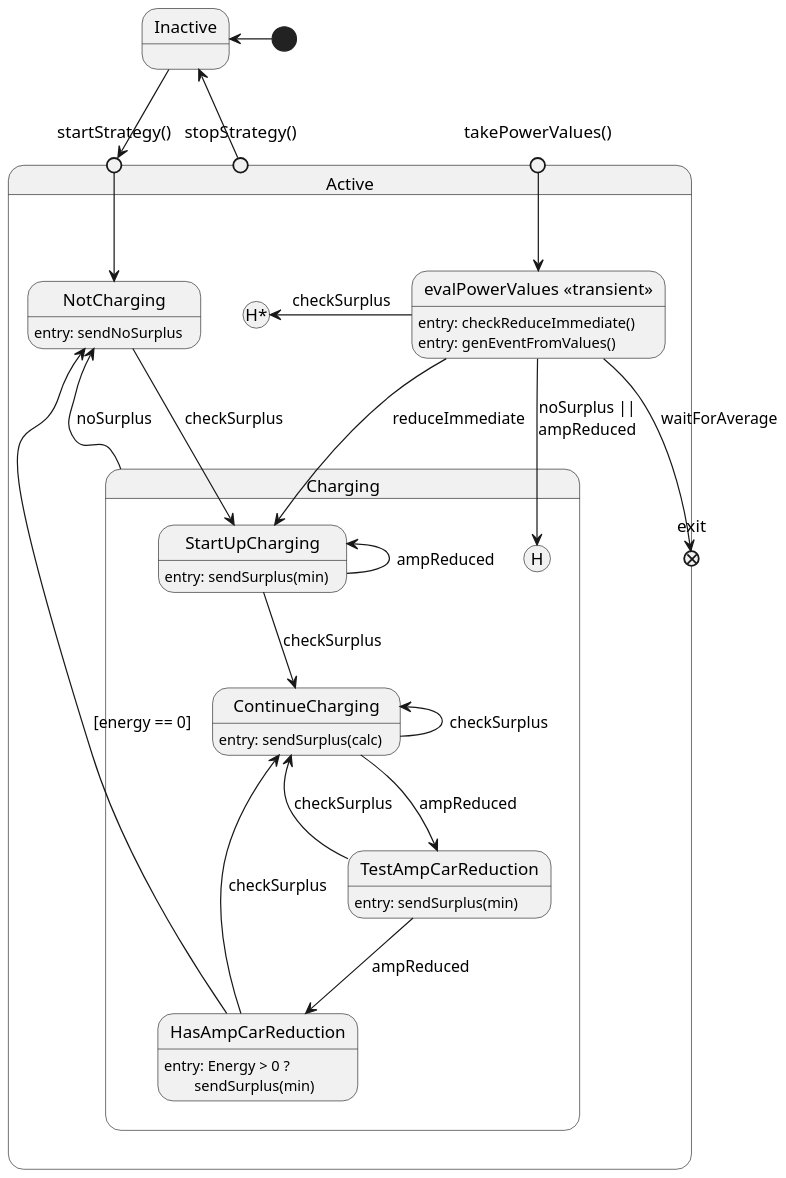
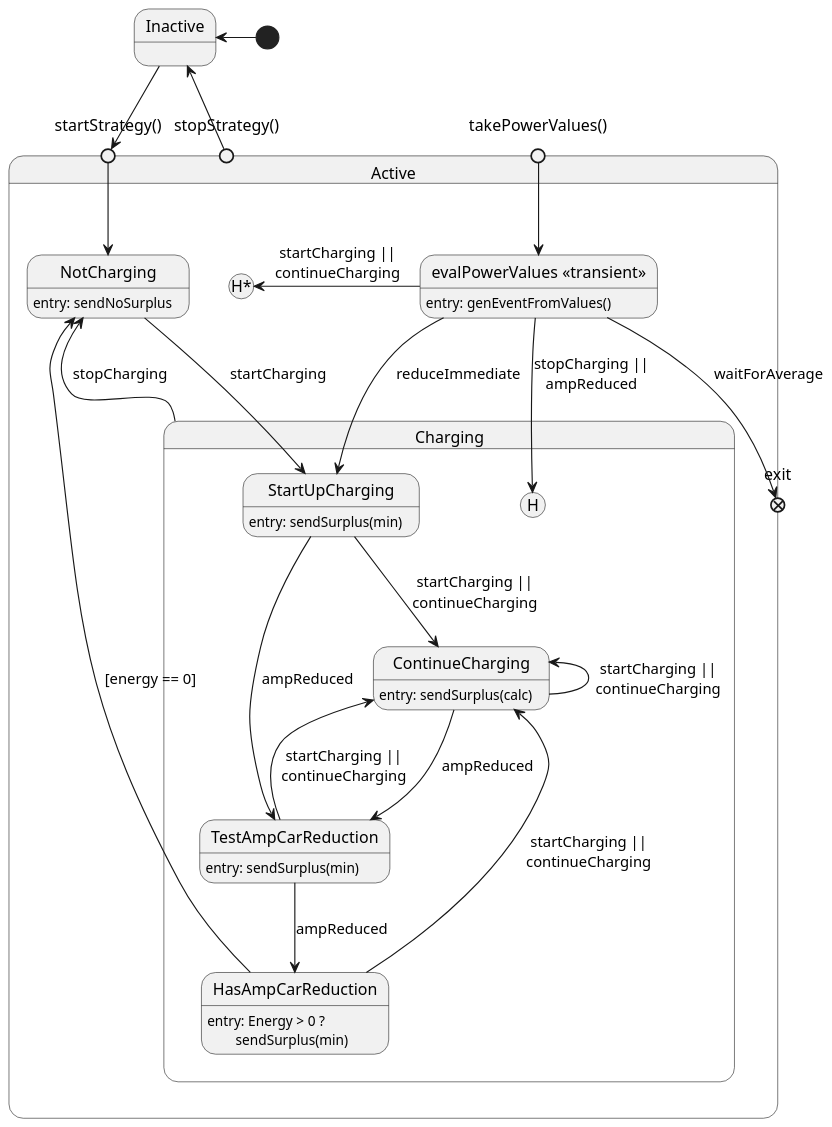
Before and after one commit to geobe/energyControl: the diagram in src/main/groovy/de/geobe/energy/automation/PvChargeStrategySM.puml, drawn with PlantUML. The commit also changed 28 other files, not shown here.

```diff
--- a/src/main/groovy/de/geobe/energy/automation/PvChargeStrategySM.puml
+++ b/src/main/groovy/de/geobe/energy/automation/PvChargeStrategySM.puml
@@ -1,69 +1,69 @@
 @startuml
 'https://plantuml.com/state-diagram
 
 scale 1000 width
 state "Inactive" as ia
 'act -left-> act : [takePowerValues : eval]
 state "Active" as act {
 
 '    act: on: powerValues : \n\tcheck stop immediate,\n\tcalculate values,\n\tdelegate to substate
 
     state "takePowerValues()" as pv <<entryPoint>>
     state "startStrategy()" as start <<entryPoint>>
     state "stopStrategy()" as stop <<entryPoint>>
 
     start -down-> nc
 
 
     state "NotCharging" as nc
     nc: entry: sendNoSurplus
 
  '   state "Filling Stack" as fill
 
     state "evalPowerValues <<transient>>" as eval
-        eval: entry: checkReduceImmediate()
         eval: entry: genEventFromValues()
 
-    state "Charging" as charge {
+    state "Charging" as chg {
 
         state "StartUpCharging" as sc
         sc: entry: sendSurplus(min)
 
         state "ContinueCharging" as ch
         ch: entry: sendSurplus(calc)
 
         state "TestAmpCarReduction" as tr
         tr: entry: sendSurplus(min)
 
         state "HasAmpCarReduction" as hr
         hr: entry: Energy > 0 ?\n\tsendSurplus(min)
-        nc --> sc : checkSurplus
+        nc --> sc : startCharging
 
-        eval --> [H] : noSurplus ||\nampReduced
+        eval --> [H] : stopCharging ||\nampReduced
 
     }
     state exit <<exitPoint>>
 
-    eval -left-> [H*] : checkSurplus
+    eval -left-> [H*] : startCharging ||\ncontinueCharging
     eval --> exit : waitForAverage
     eval -down-> sc : reduceImmediate
 
-    charge -up-> nc : noSurplus
 
-    sc -down-> ch : checkSurplus
-    sc -up-> sc : ampReduced
-    ch -left-> ch : checkSurplus
+    chg -up-> nc : stopCharging
+
+    sc -down-> ch : startCharging ||\ncontinueCharging
+    sc --> tr : ampReduced
+    ch -left-> ch : startCharging ||\ncontinueCharging
     ch -down-> tr : ampReduced
-    tr -up-> ch : checkSurplus
+    tr -up-> ch : startCharging ||\ncontinueCharging
     tr -down-> hr : ampReduced
-    hr -up-> ch : checkSurplus
+    hr -up-> ch : startCharging ||\ncontinueCharging
     hr --> nc : [energy == 0]
 }
 
 pv --> eval
 [*] -left-> ia
 'exit -down-> [*] : [stopStrategy]
 stop -up-> ia
 ia -down-> start
 'stop -up-> [*]
 @enduml
```
